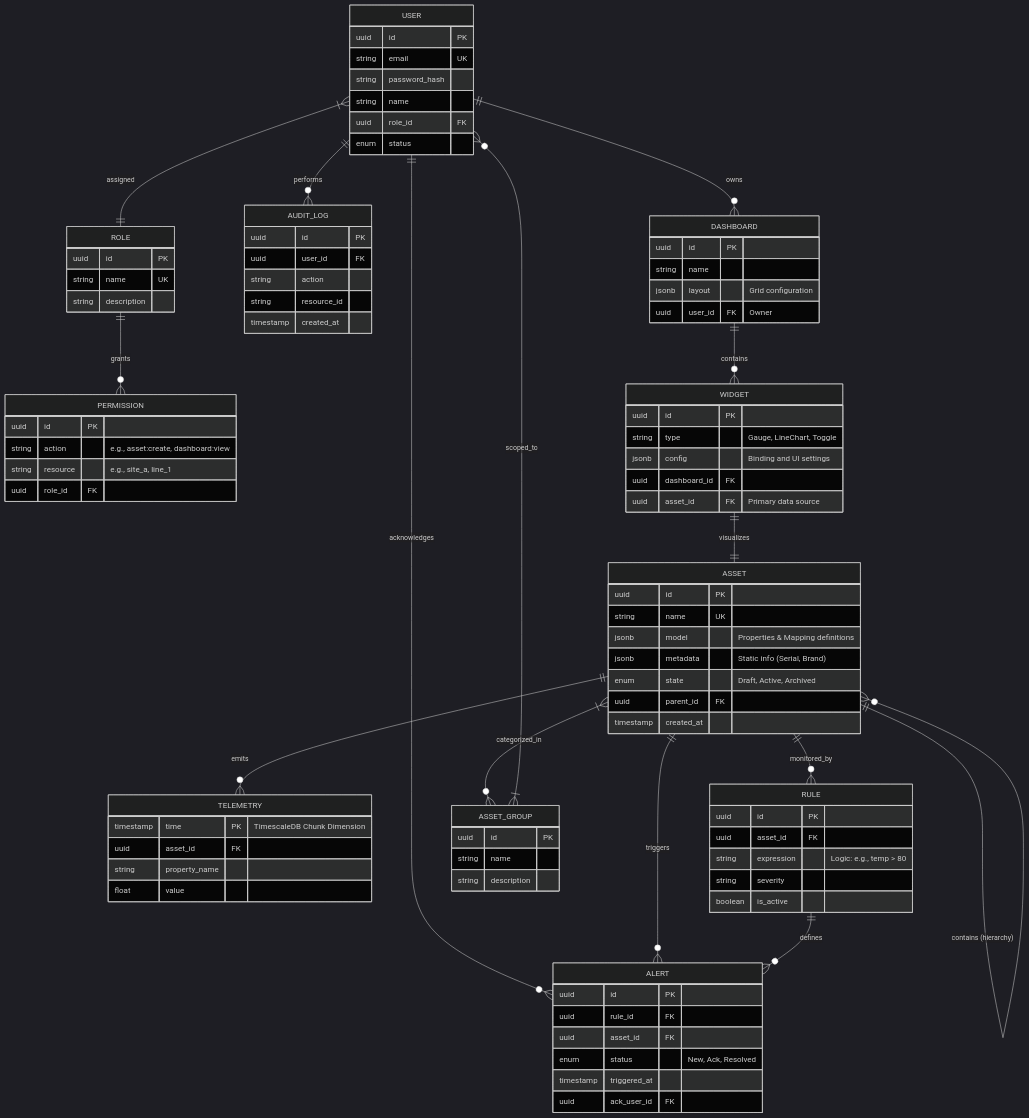
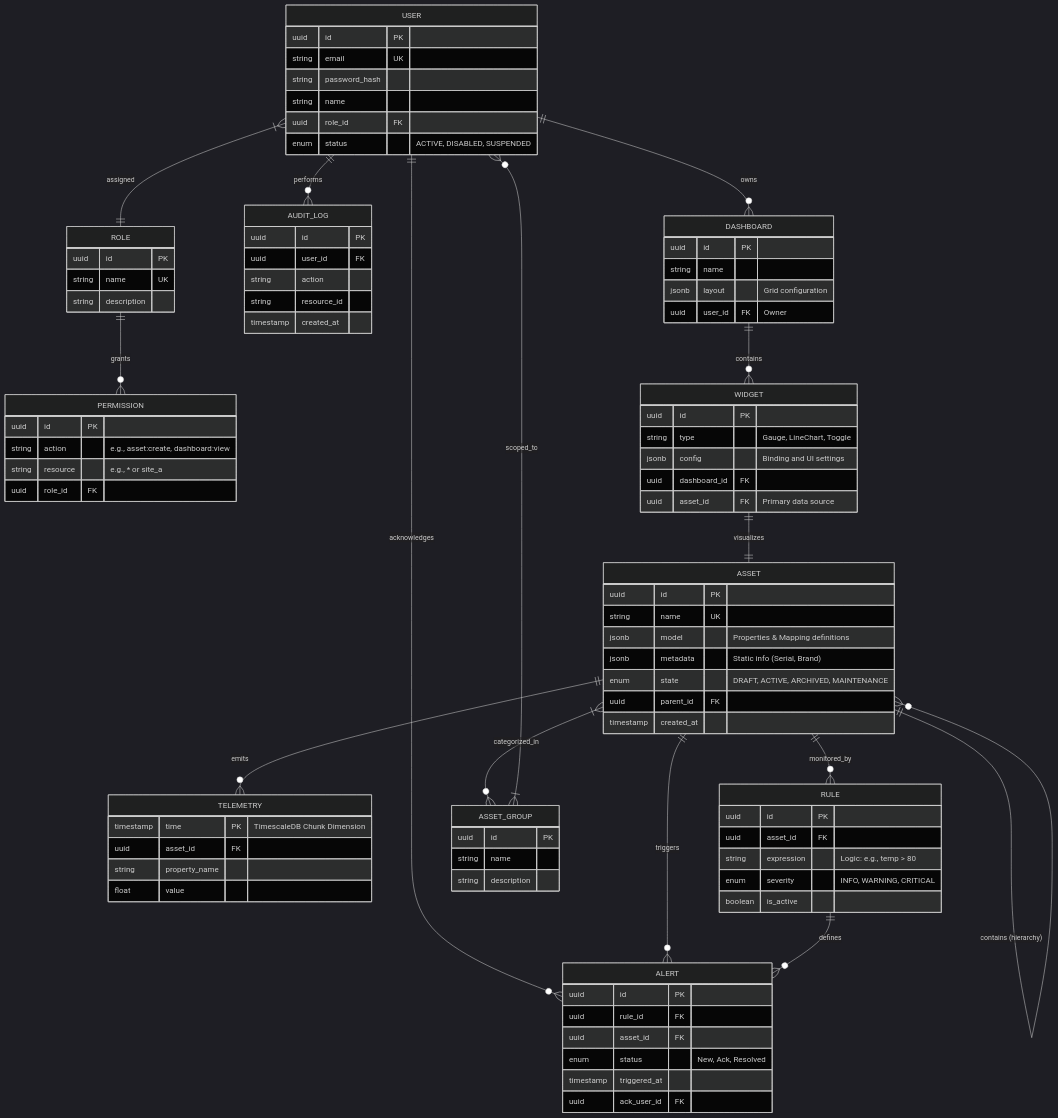
The diagram in docs/analysis/07_er_diagram.md (Novav20/TheMeridianGrid), drawn with Mermaid (dark theme) before and after one commit. The commit also changed 7 other files, not shown here.

First line of the commit message:
feat(db): implement Prisma 7 schema and centralized config

```diff
--- a/docs/analysis/07_er_diagram.md
+++ b/docs/analysis/07_er_diagram.md
@@ -30,7 +30,7 @@
         string password_hash
         string name
         uuid role_id FK
-        enum status
+        enum status "ACTIVE, DISABLED, SUSPENDED"
     }
 
     ROLE {
@@ -42,7 +42,7 @@
     PERMISSION {
         uuid id PK
         string action "e.g., asset:create, dashboard:view"
-        string resource "e.g., site_a, line_1"
+        string resource "e.g., * or site_a"
         uuid role_id FK
     }
 
@@ -51,7 +51,7 @@
         string name UK
         jsonb model "Properties & Mapping definitions"
         jsonb metadata "Static info (Serial, Brand)"
-        enum state "Draft, Active, Archived"
+        enum state "DRAFT, ACTIVE, ARCHIVED, MAINTENANCE"
         uuid parent_id FK
         timestamp created_at
     }
@@ -73,7 +73,7 @@
         uuid id PK
         uuid asset_id FK
         string expression "Logic: e.g., temp > 80"
-        string severity
+        enum severity "INFO, WARNING, CRITICAL"
         boolean is_active
     }
 
```
